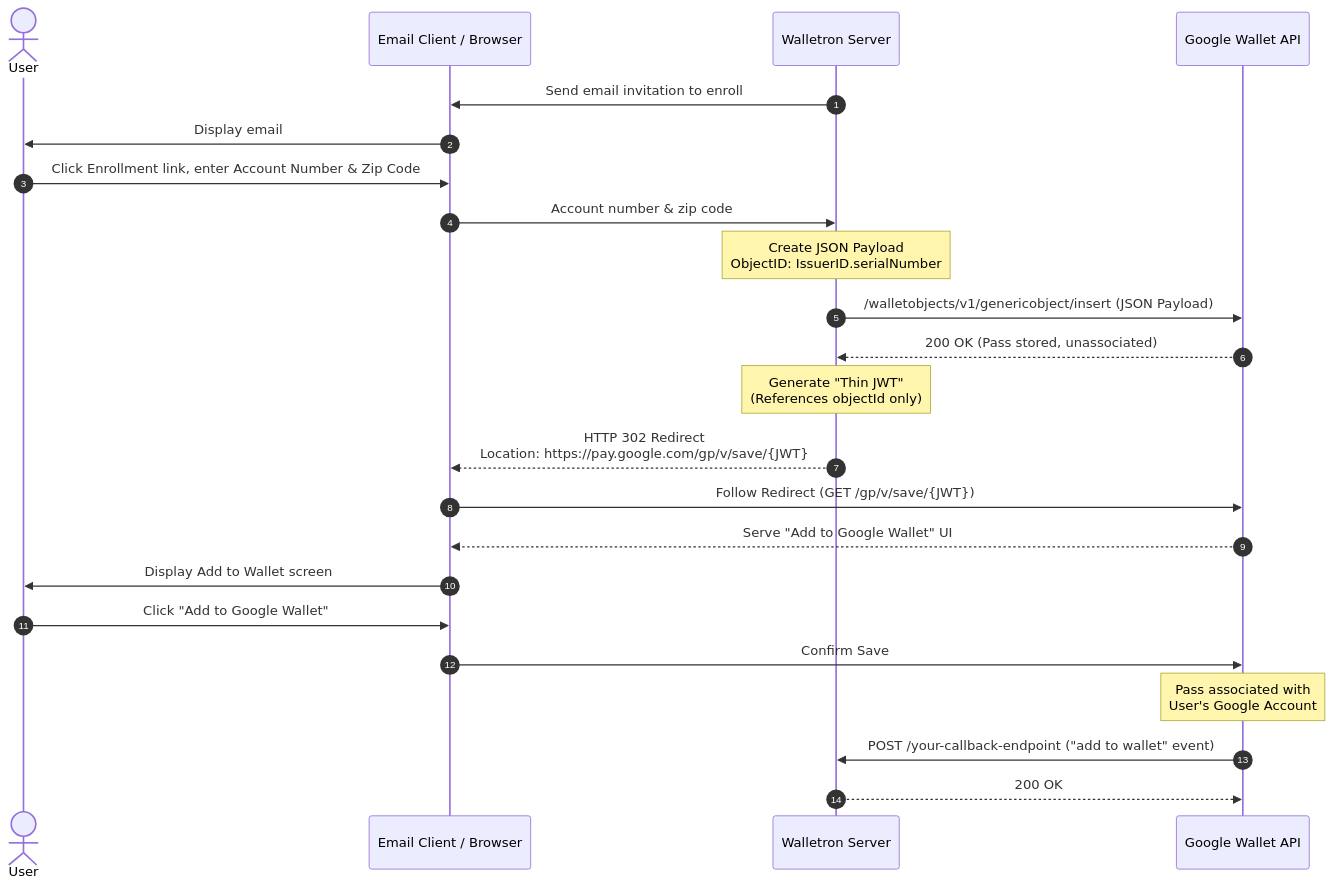
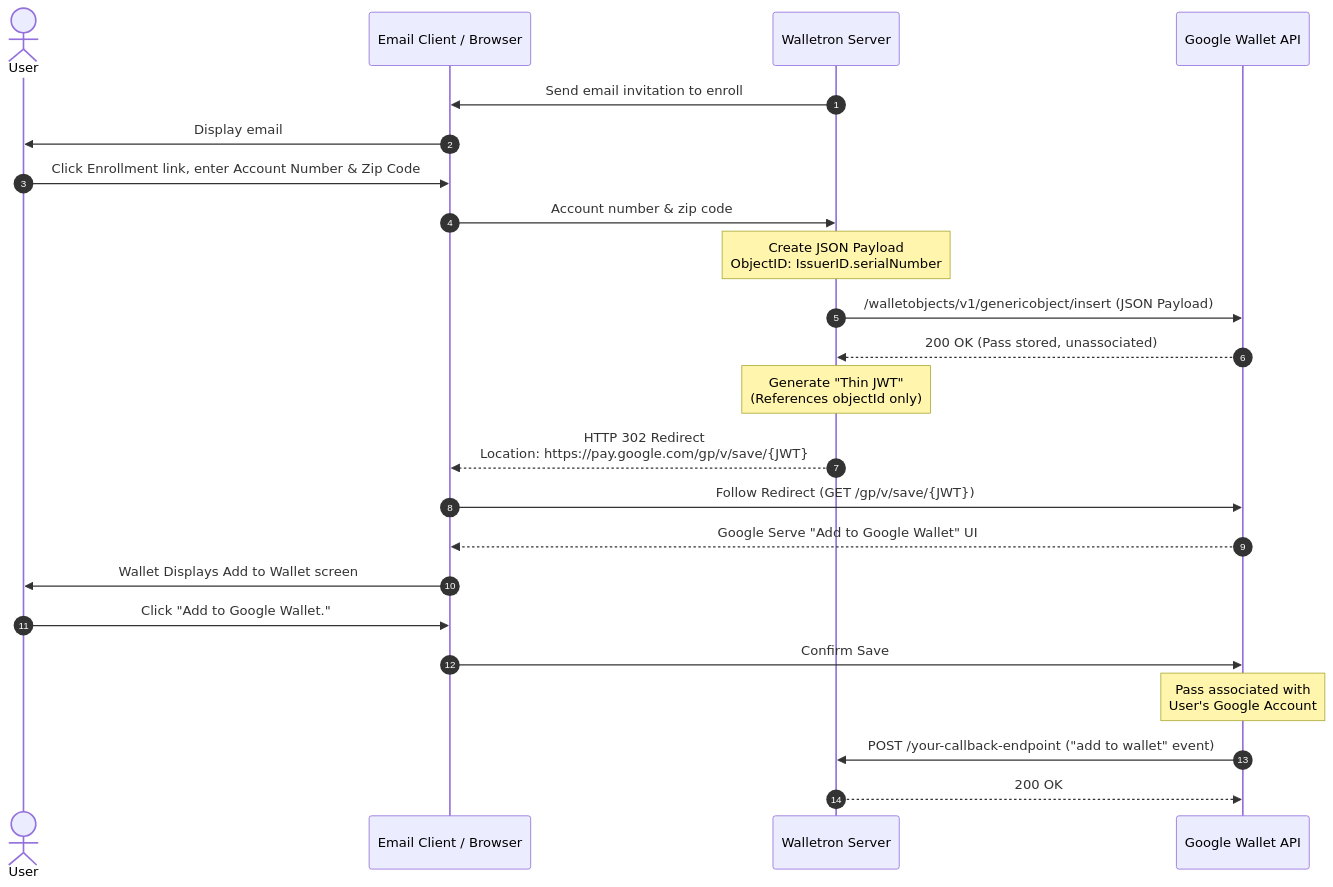
Before and after one commit to SandeepHooda/sequence-diagrams-uml: the diagram in GooglePass.md, drawn with Mermaid.

Commit message:
Clarify Google Wallet UI and user interactions

````diff
--- a/GooglePass.md
+++ b/GooglePass.md
@@ -1,33 +1,33 @@
 ```mermaid
 sequenceDiagram
     autonumber
     actor User
     participant Client as Email Client / Browser
     participant Walletron as Walletron Server
     participant Google as Google Wallet API
 
     %% Step 1 & 2: Invitation and Verification
     Walletron->>Client: Send email invitation to enroll
     Client->>User: Display email
     User->>Client: Click Enrollment link, enter Account Number & Zip Code
     Client->>Walletron: Account number & zip code
     %% Step 3: Payload Creation
     Note over Walletron: Create JSON Payload<br/>ObjectID: IssuerID.serialNumber
     %% Step 4: Pre-insert the pass
     Walletron->>Google:  /walletobjects/v1/genericobject/insert (JSON Payload)
     Google-->>Walletron: 200 OK (Pass stored, unassociated)
     %% Step 5: Thin JWT & Redirect
     Note over Walletron: Generate "Thin JWT"<br/>(References objectId only)
     Walletron-->>Client: HTTP 302 Redirect<br/>Location: https://pay.google.com/gp/v/save/{JWT}
     %% Step 6: Browser navigates to Google
     Client->>Google: Follow Redirect (GET /gp/v/save/{JWT})
-    Google-->>Client: Serve "Add to Google Wallet" UI
+    Google-->>Client: Google Serve "Add to Google Wallet" UI
     %% Step 7: User saves pass
-    Client->>User: Display Add to Wallet screen
-    User->>Client: Click "Add to Google Wallet"
+    Client->>User: Wallet Displays Add to Wallet screen
+    User->>Client: Click "Add to Google Wallet."
     Client->>Google: Confirm Save
     Note over Google: Pass associated with<br/>User's Google Account
     %% Step 8: Callback Notification
     Google->>Walletron: POST /your-callback-endpoint ("add to wallet" event)
     Walletron-->>Google: 200 OK
 ```
````
